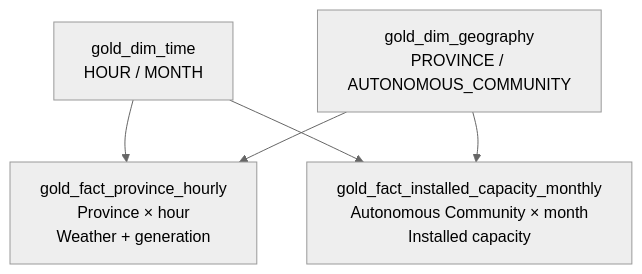
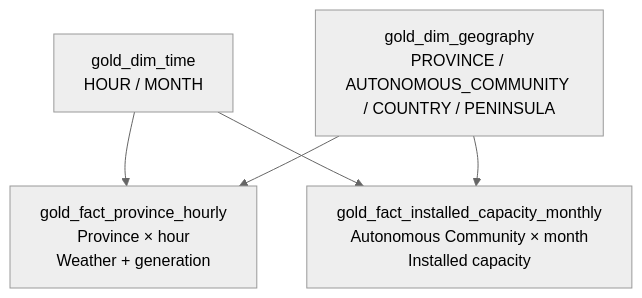
One commit to ivmaroto/energy-lakehouse-platform changed the diagram in docs/Gold/01_gold_design.md. Above: the diagram before and after it, drawn with Mermaid (neutral theme). The commit also changed other lines of this file and 48 other files, not shown here.

````diff
--- a/docs/Gold/01_gold_design.md
+++ b/docs/Gold/01_gold_design.md
@@ -1150,16 +1241,16 @@
 ```mermaid
 flowchart TB
 
     DT["gold_dim_time<br/>HOUR / MONTH"]
-    DG["gold_dim_geography<br/>PROVINCE / AUTONOMOUS_COMMUNITY"]
+    DG["gold_dim_geography<br/>PROVINCE / AUTONOMOUS_COMMUNITY / COUNTRY / PENINSULA"]
 
     F1["gold_fact_province_hourly<br/>Province × hour<br/>Weather + generation"]
 
     F2["gold_fact_installed_capacity_monthly<br/>Autonomous Community × month<br/>Installed capacity"]
 
     DT --> F1
     DT --> F2
 
     DG --> F1
     DG --> F2
 ```
````
